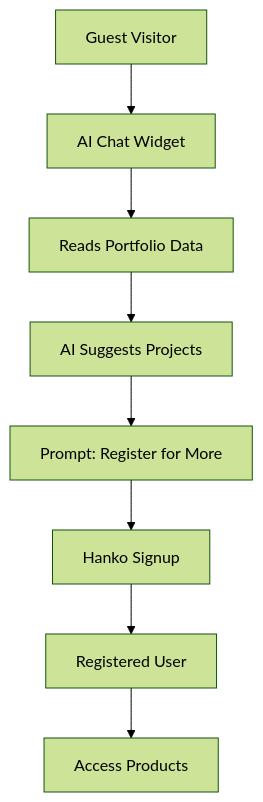
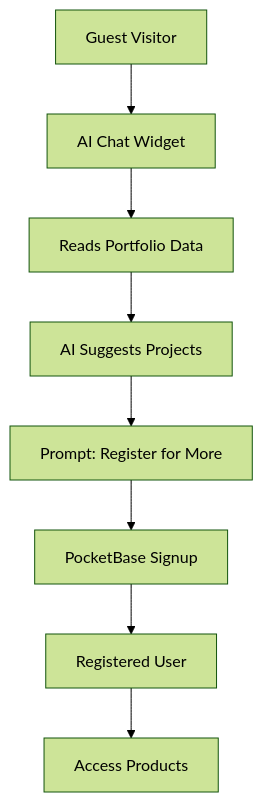
One commit to dirm02/bloggista changed the second of 13 diagrams in expansion.md. Above: the diagram before and after it, drawn with Mermaid (forest theme). The commit also changed other lines of this file, not shown here.

````diff
--- a/expansion.md
+++ b/expansion.md
@@ -108,10 +106,10 @@
 ```mermaid
 flowchart TB
     Guest[Guest Visitor] --> AIChat[AI Chat Widget]
     AIChat --> Portfolio[Reads Portfolio Data]
     Portfolio --> Response[AI Suggests Projects]
     Response --> CTA[Prompt: Register for More]
-    CTA --> Hanko[Hanko Signup]
-    Hanko --> RegisteredUser[Registered User]
+    CTA --> PocketBase[PocketBase Signup]
+    PocketBase --> RegisteredUser[Registered User]
     RegisteredUser --> Products[Access Products]
 ```
````
